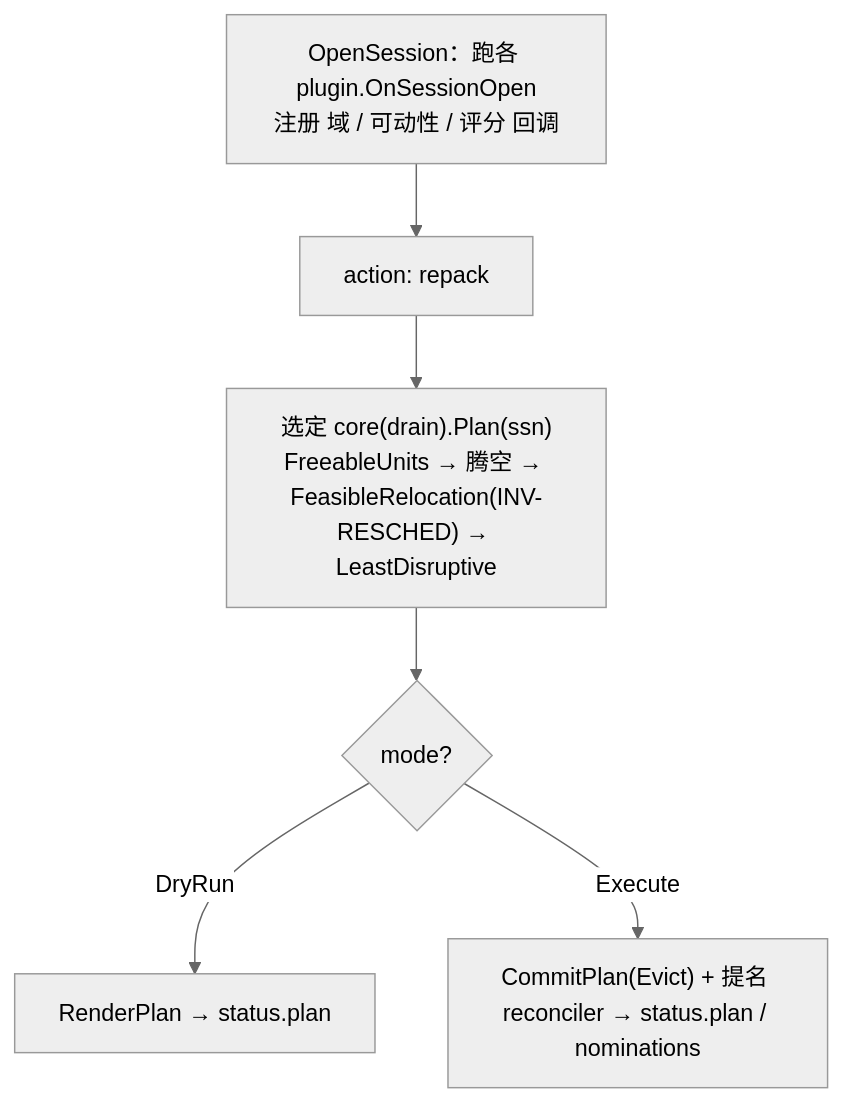
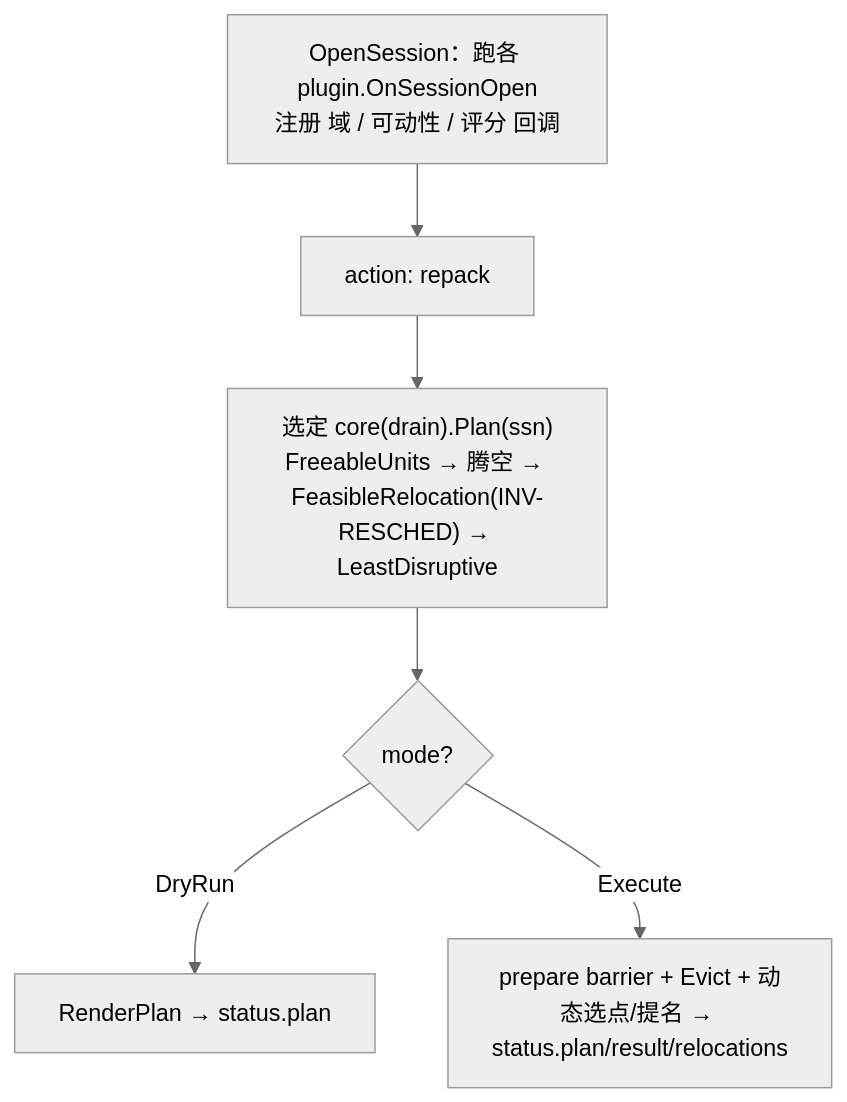
One commit to wangyang0616/volcano changed the third of 3 diagrams in docs/design/repack-runtime-defragmentation.md. Above: the diagram before and after it, drawn with Mermaid (neutral theme). The commit also changed other lines of this file and 1 other file, not shown here.

````diff
--- a/docs/design/repack-runtime-defragmentation.md
+++ b/docs/design/repack-runtime-defragmentation.md
@@ -1161,8 +1272,8 @@
 ```mermaid
 flowchart TD
     P["OpenSession：跑各 plugin.OnSessionOpen<br/>注册 域 / 可动性 / 评分 回调"] --> A["action: repack"]
     A --> B["选定 core(drain).Plan(ssn)<br/>FreeableUnits → 腾空 → FeasibleRelocation(INV-RESCHED) → LeastDisruptive"]
     B --> C{"mode?"}
     C -->|DryRun| E["RenderPlan → status.plan"]
-    C -->|Execute| F["CommitPlan(Evict) + 提名 reconciler → status.plan / nominations"]
+    C -->|Execute| F["prepare barrier + Evict + 动态选点/提名 → status.plan/result/relocations"]
 ```
````
